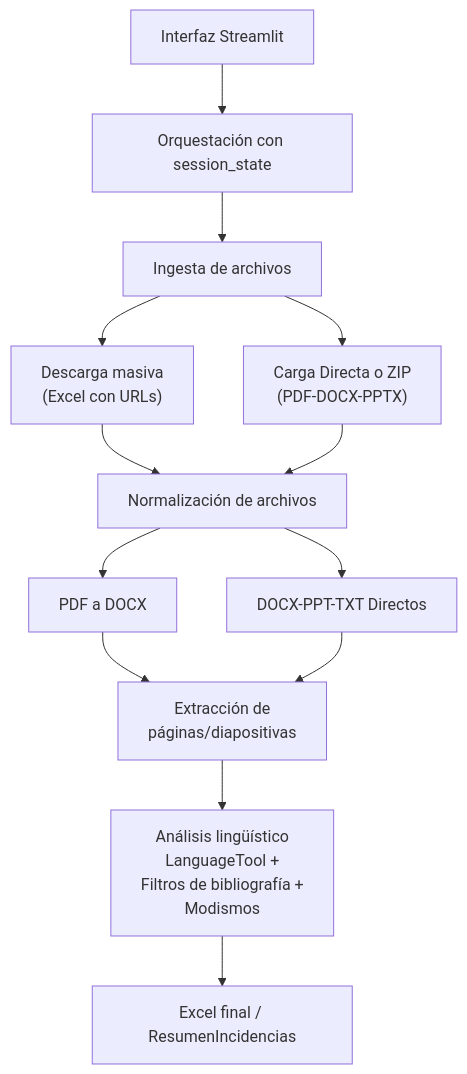
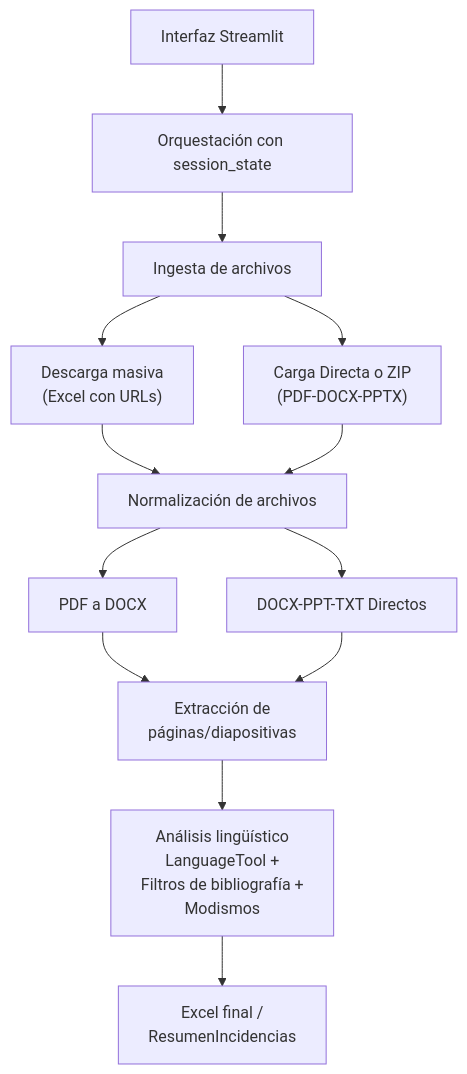
One commit to joseluisantunezcondezo/UTP_GrammarScan changed the diagram in README.md. Above: the diagram before and after it, drawn with Mermaid.

Commit message:
README.md

````diff
--- a/README.md
+++ b/README.md
@@ -149,21 +149,22 @@
 ```mermaid
 flowchart TD
     A[Interfaz Streamlit] --> B[Orquestación con session_state]
     B --> C[Ingesta de archivos]
     C --> D1["Descarga masiva
               (Excel con URLs)"]
     C --> D2["Carga Directa o ZIP
             (PDF-DOCX-PPTX)"]
     D1 --> E[Normalización de archivos]
     D2 --> E
     E --> F1[PDF a DOCX]
     E --> F2[DOCX-PPT-TXT Directos]
     F1 --> G["Extracción de
               páginas/diapositivas"]
     F2 --> G
     G --> H["Análisis lingüístico
             LanguageTool +
             Filtros de bibliografía +
             Modismos"]
-    H --> J[Excel final / ResumenIncidencias]
+    H --> J["Excel final /
+            ResumenIncidencias"]
 ```
````
